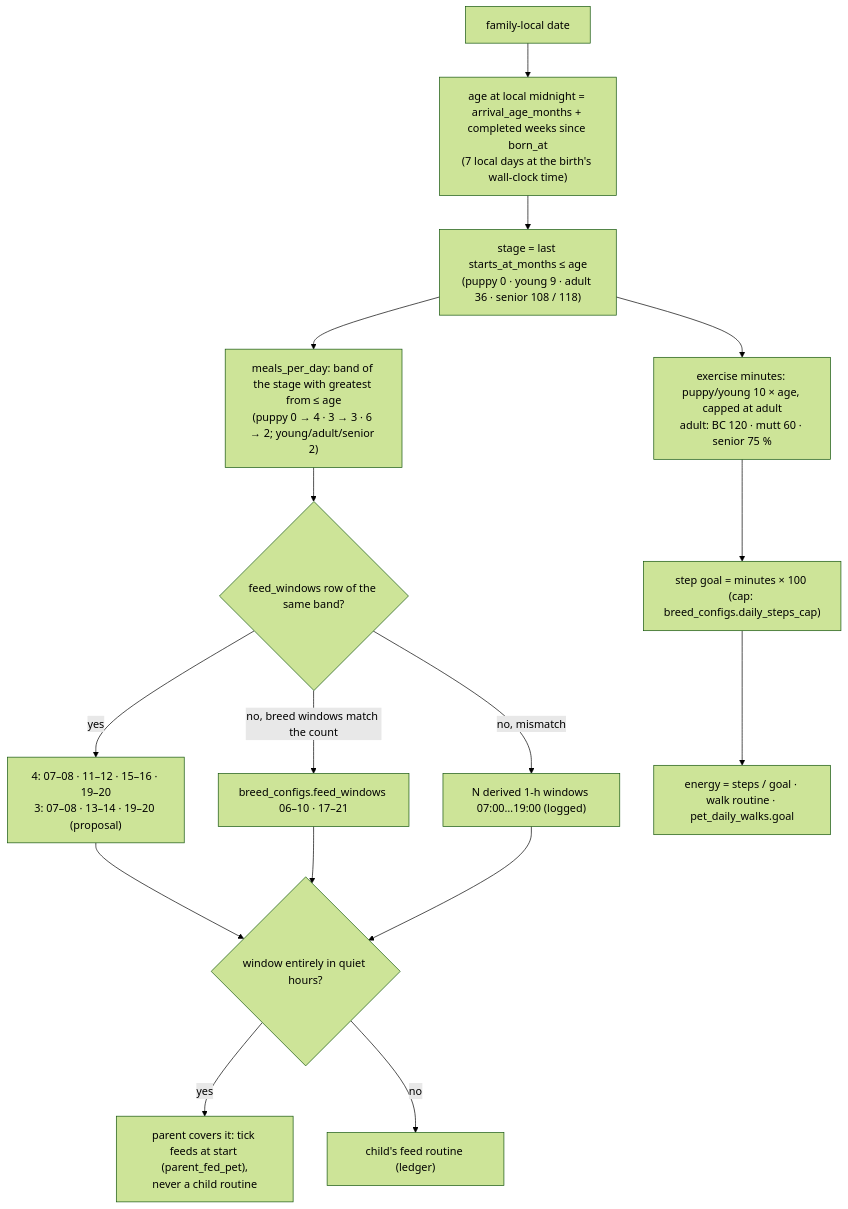
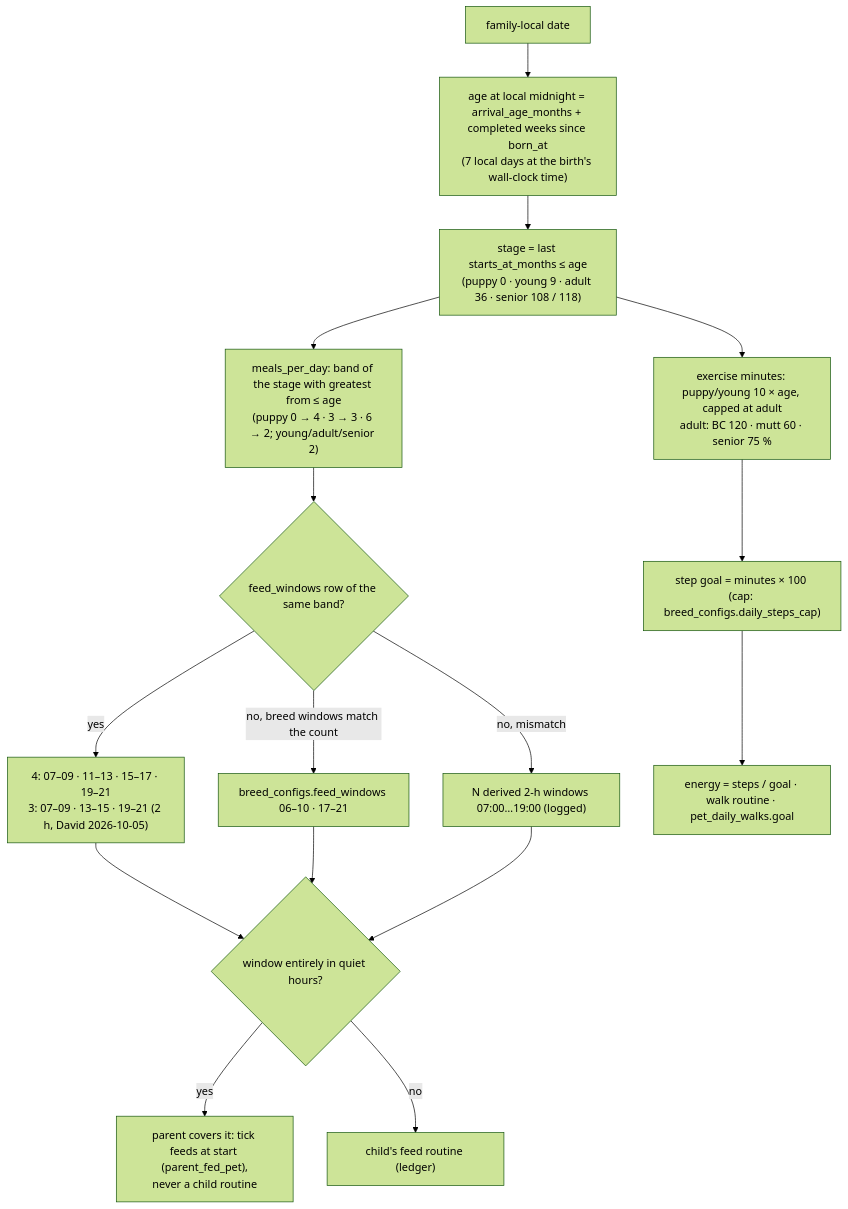
Before and after one commit to DataVallis/pet-prep: diagram 33 of 35 in docs/engineering/DIAGRAMS.md, drawn with Mermaid (forest theme). The commit also changed other lines of this file and 20 other files, not shown here.

First line of the commit message:
feat(backend): apply David's M5-R01 decisions — 2-hour puppy windows, confirmed stage data [M5-R01]

````diff
--- a/docs/engineering/DIAGRAMS.md
+++ b/docs/engineering/DIAGRAMS.md
@@ -1041,16 +1041,16 @@
 ```mermaid
 flowchart TD
   D["family-local date"] --> A["age at local midnight = arrival_age_months + completed weeks since born_at<br/>(7 local days at the birth's wall-clock time)"]
   A --> S["stage = last starts_at_months ≤ age<br/>(puppy 0 · young 9 · adult 36 · senior 108 / 118)"]
   S --> M["meals_per_day: band of the stage with greatest from ≤ age<br/>(puppy 0 → 4 · 3 → 3 · 6 → 2; young/adult/senior 2)"]
   M --> W{"feed_windows row of the same band?"}
-  W -- yes --> W1["4: 07–08 · 11–12 · 15–16 · 19–20<br/>3: 07–08 · 13–14 · 19–20 (proposal)"]
+  W -- yes --> W1["4: 07–09 · 11–13 · 15–17 · 19–21<br/>3: 07–09 · 13–15 · 19–21 (2 h, David 2026-10-05)"]
   W -- "no, breed windows match the count" --> W2["breed_configs.feed_windows 06–10 · 17–21"]
-  W -- "no, mismatch" --> W3["N derived 1-h windows 07:00…19:00 (logged)"]
+  W -- "no, mismatch" --> W3["N derived 2-h windows 07:00…19:00 (logged)"]
   S --> E["exercise minutes: puppy/young 10 × age, capped at adult<br/>adult: BC 120 · mutt 60 · senior 75 %"]
   E --> G["step goal = minutes × 100 (cap: breed_configs.daily_steps_cap)"]
   W1 & W2 & W3 --> Q{"window entirely in quiet hours?"}
   Q -- yes --> PC["parent covers it: tick feeds at start (parent_fed_pet),<br/>never a child routine"]
   Q -- no --> CR["child's feed routine (ledger)"]
   G --> EN["energy = steps / goal · walk routine · pet_daily_walks.goal"]
 ```
````
